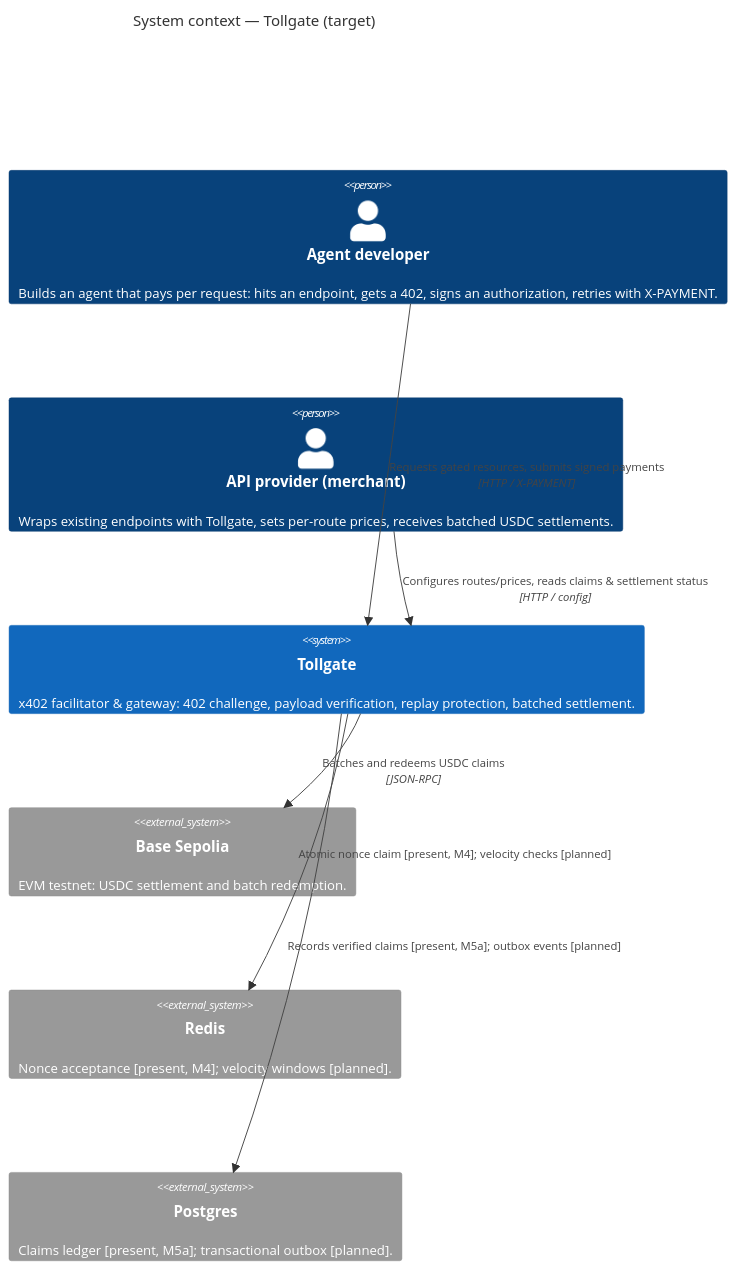
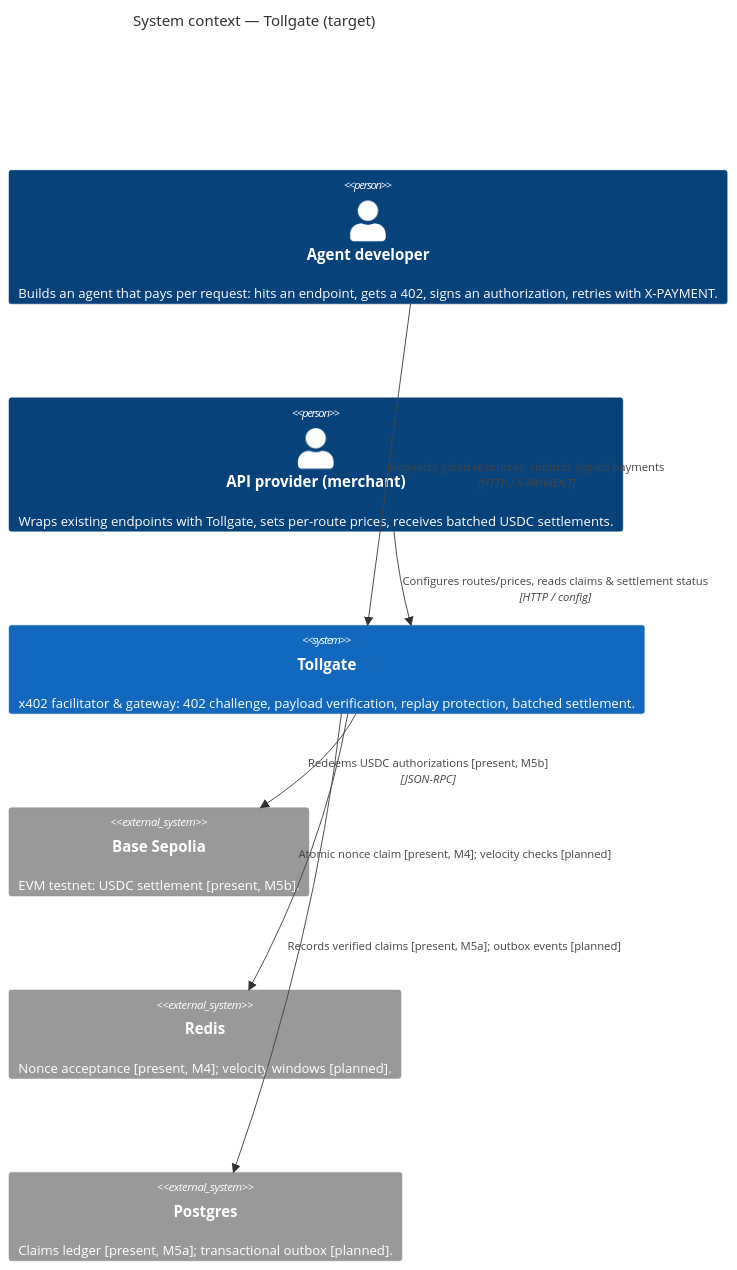
The first of 2 diagrams in docs/architecture.md (dz3ka/tollgate), drawn with Mermaid before and after one commit. The commit also changed other lines of this file and 24 other files, not shown here.

````diff
--- a/docs/architecture.md
+++ b/docs/architecture.md
@@ -32,19 +35,19 @@
 ```mermaid
 C4Context
     title System context — Tollgate (target)
 
     Person(agentDev, "Agent developer", "Builds an agent that pays per request: hits an endpoint, gets a 402, signs an authorization, retries with X-PAYMENT.")
     Person(merchant, "API provider (merchant)", "Wraps existing endpoints with Tollgate, sets per-route prices, receives batched USDC settlements.")
 
     System(tollgate, "Tollgate", "x402 facilitator & gateway: 402 challenge, payload verification, replay protection, batched settlement.")
 
-    System_Ext(baseSepolia, "Base Sepolia", "EVM testnet: USDC settlement and batch redemption.")
+    System_Ext(baseSepolia, "Base Sepolia", "EVM testnet: USDC settlement [present, M5b].")
     System_Ext(redis, "Redis", "Nonce acceptance [present, M4]; velocity windows [planned].")
     System_Ext(postgres, "Postgres", "Claims ledger [present, M5a]; transactional outbox [planned].")
 
     Rel(agentDev, tollgate, "Requests gated resources, submits signed payments", "HTTP / X-PAYMENT")
     Rel(merchant, tollgate, "Configures routes/prices, reads claims & settlement status", "HTTP / config")
     Rel(tollgate, redis, "Atomic nonce claim [present, M4]; velocity checks [planned]")
     Rel(tollgate, postgres, "Records verified claims [present, M5a]; outbox events [planned]")
-    Rel(tollgate, baseSepolia, "Batches and redeems USDC claims", "JSON-RPC")
+    Rel(tollgate, baseSepolia, "Redeems USDC authorizations [present, M5b]", "JSON-RPC")
 ```
````
